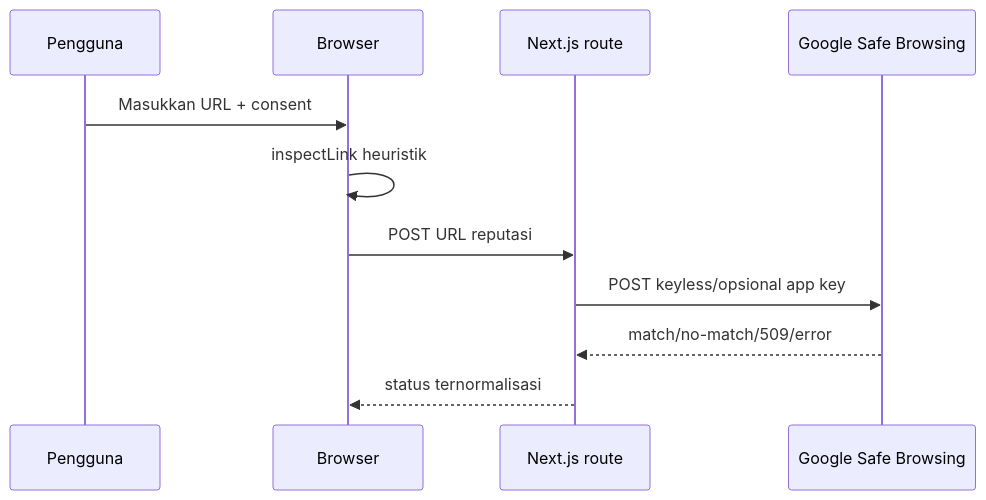
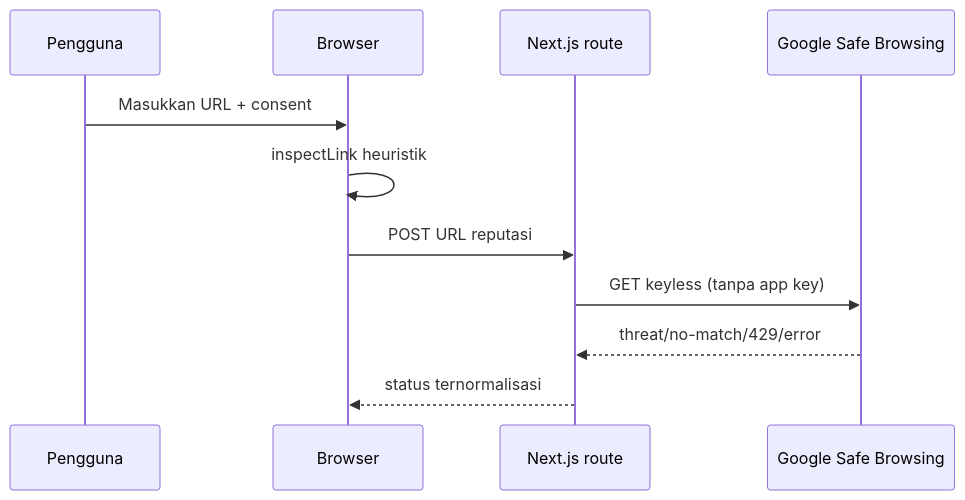
The second of 3 diagrams in docs/DATA-FLOW.md (hissyam90/saring-app), drawn with Mermaid before and after one commit. The commit also changed 12 other files, not shown here.

````diff
--- a/docs/DATA-FLOW.md
+++ b/docs/DATA-FLOW.md
@@ -17,13 +17,13 @@
 ```mermaid
 sequenceDiagram
   participant U as Pengguna
   participant B as Browser
   participant S as Next.js route
   participant P as Google Safe Browsing
   U->>B: Masukkan URL + consent
   B->>B: inspectLink heuristik
   B->>S: POST URL reputasi
-  S->>P: POST keyless/opsional app key
-  P-->>S: match/no-match/509/error
+  S->>P: GET keyless (tanpa app key)
+  P-->>S: threat/no-match/429/error
   S-->>B: status ternormalisasi
 ```
````
